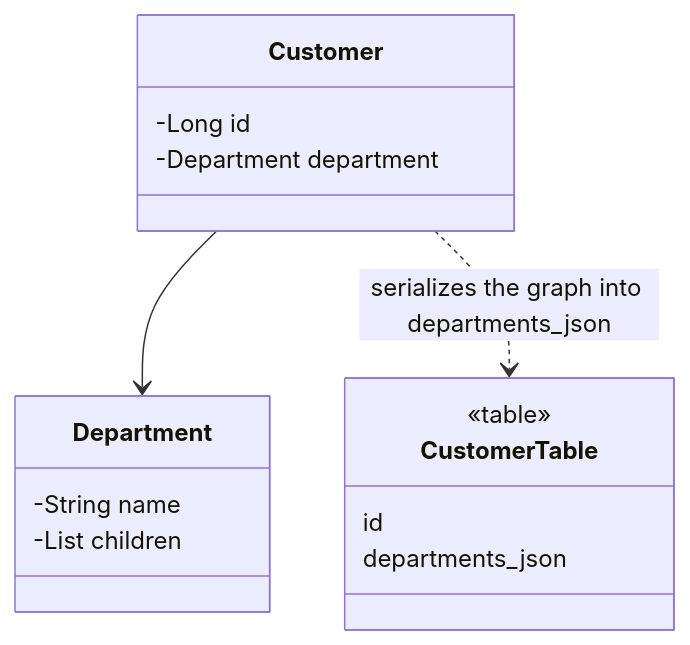
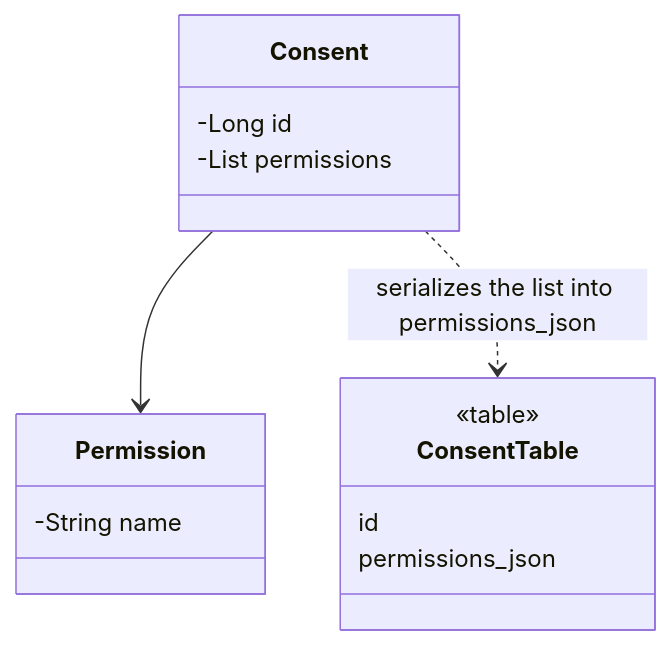
One commit to alancesar/design-patterns changed the diagram in i18n/en/docusaurus-plugin-content-docs/current/design/poeaa/object-relational-structural/serialized-lob.md. Above: the diagram before and after it, drawn with Mermaid. The commit also changed other lines of this file and 95 other files, not shown here.

First line of the commit message:
Switch PoEAA examples and diagrams to fintech scenarios

````diff
--- a/i18n/en/docusaurus-plugin-content-docs/current/design/poeaa/object-relational-structural/serialized-lob.md
+++ b/i18n/en/docusaurus-plugin-content-docs/current/design/poeaa/object-relational-structural/serialized-lob.md
@@ -53,18 +53,17 @@
 ```mermaid
 classDiagram
-    class Customer {
+    class Consent {
         -Long id
-        -Department department
+        -List permissions
     }
-    class Department {
+    class Permission {
         -String name
-        -List children
     }
-    class CustomerTable {
+    class ConsentTable {
         <<table>>
         id
-        departments_json
+        permissions_json
     }
-    Customer --> Department
-    Customer ..> CustomerTable : serializes the graph into departments_json
+    Consent --> Permission
+    Consent ..> ConsentTable : serializes the list into permissions_json
 ```
````
